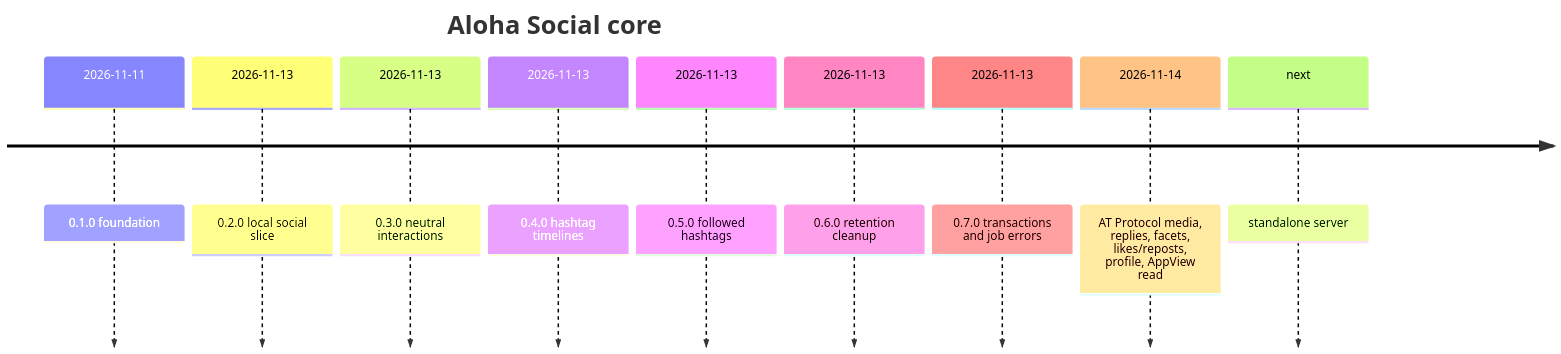
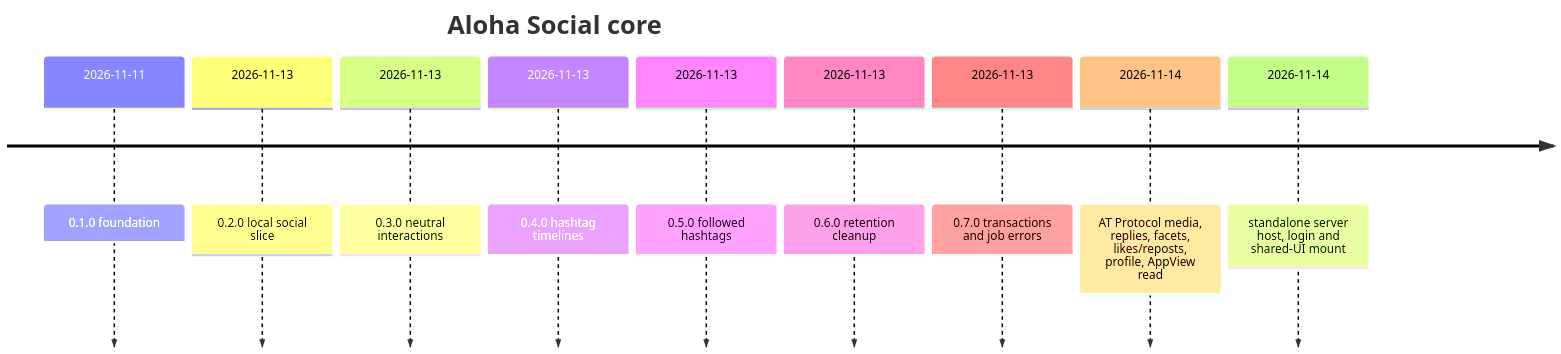
Before and after one commit to SchBenedikt/core: the diagram in docs/roadmap.md, drawn with Mermaid. The commit also changed other lines of this file, not shown here.

First line of the commit message:
docs(roadmap): record the standalone host and its shared-UI mount

````diff
--- a/docs/roadmap.md
+++ b/docs/roadmap.md
@@ -10,13 +10,13 @@
 ```mermaid
 timeline
     title Aloha Social core
     2026-11-11 : 0.1.0 foundation
     2026-11-13 : 0.2.0 local social slice
     2026-11-13 : 0.3.0 neutral interactions
     2026-11-13 : 0.4.0 hashtag timelines
     2026-11-13 : 0.5.0 followed hashtags
     2026-11-13 : 0.6.0 retention cleanup
     2026-11-13 : 0.7.0 transactions and job errors
     2026-11-14 : AT Protocol media, replies, facets, likes/reposts, profile, AppView read
-    next : standalone server
+    2026-11-14 : standalone server host, login and shared-UI mount
 ```
````
